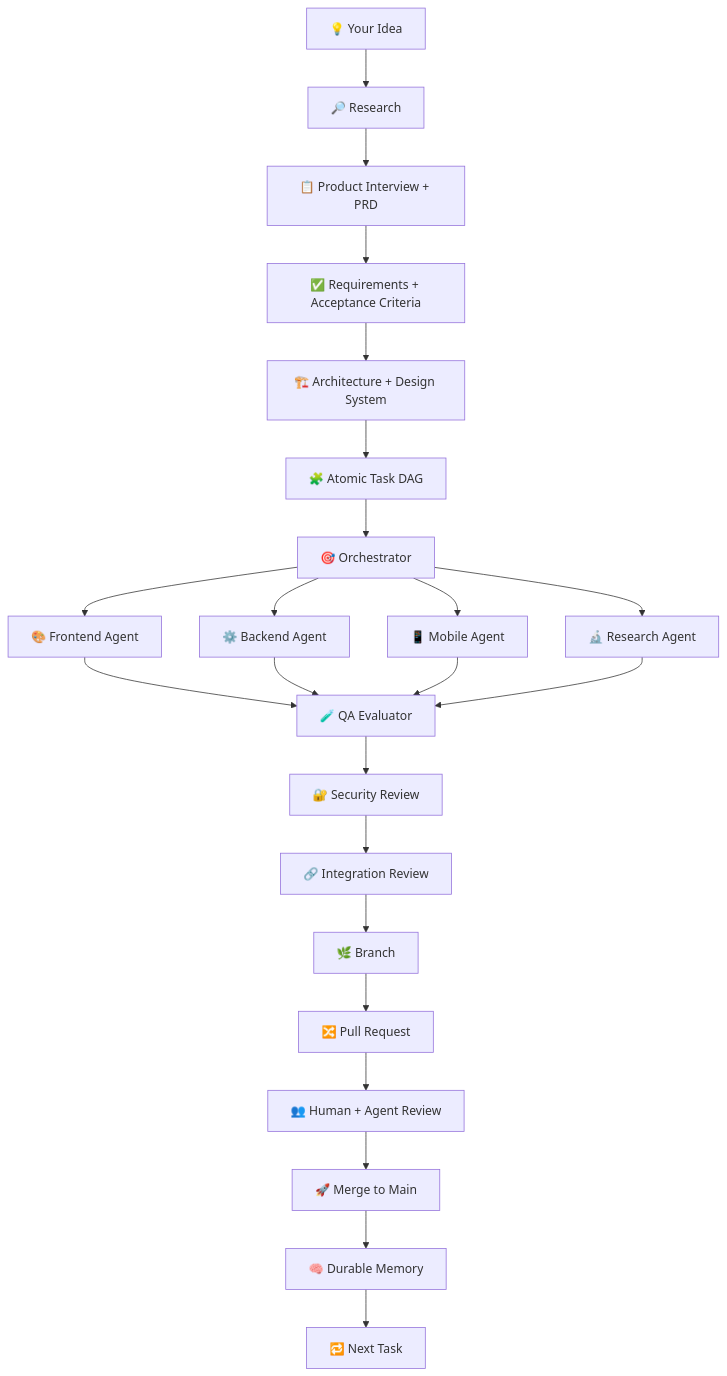
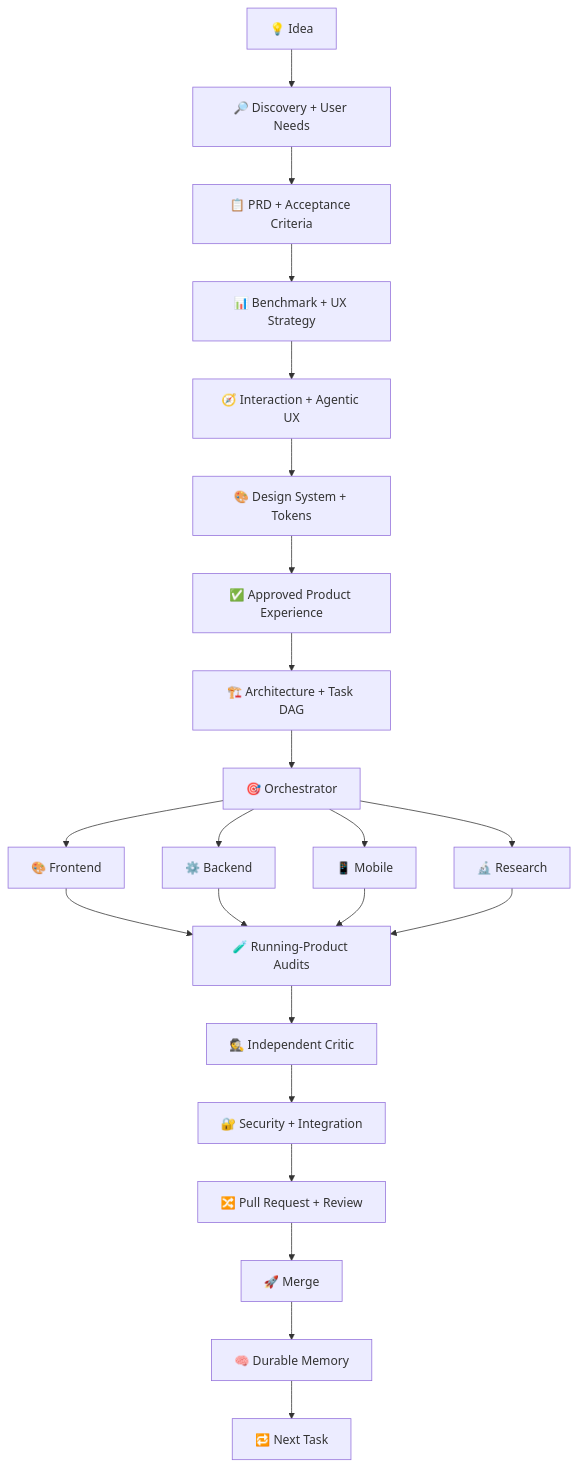
Before and after one commit to Gaurav890/everything-agentic-engineering: the diagram in README.md, drawn with Mermaid. The commit also changed other lines of this file and 1 other file, not shown here.

Commit message:
docs(T-002): streamline product design README

````diff
--- a/README.md
+++ b/README.md
@@ -58,30 +58,28 @@
 ```mermaid
 flowchart TD
-    A[💡 Your Idea] --> B[🔎 Research]
-    B --> C[📋 Product Interview + PRD]
-    C --> D[✅ Requirements + Acceptance Criteria]
-    D --> E[🏗️ Architecture + Design System]
-    E --> F[🧩 Atomic Task DAG]
+    A[💡 Idea] --> B[🔎 Discovery + User Needs]
+    B --> C[📋 PRD + Acceptance Criteria]
+    C --> D[📊 Benchmark + UX Strategy]
+    D --> E[🧭 Interaction + Agentic UX]
+    E --> F[🎨 Design System + Tokens]
+    F --> G[✅ Approved Product Experience]
+    G --> H[🏗️ Architecture + Task DAG]
+    H --> I[🎯 Orchestrator]
 
-    F --> G[🎯 Orchestrator]
+    I --> J[🎨 Frontend]
+    I --> K[⚙️ Backend]
+    I --> L[📱 Mobile]
+    I --> M[🔬 Research]
 
-    G --> H[🎨 Frontend Agent]
-    G --> I[⚙️ Backend Agent]
-    G --> J[📱 Mobile Agent]
-    G --> K[🔬 Research Agent]
+    J --> N[🧪 Running-Product Audits]
+    K --> N
+    L --> N
+    M --> N
 
-    H --> L[🧪 QA Evaluator]
-    I --> L
-    J --> L
-    K --> L
-
-    L --> M[🔐 Security Review]
-    M --> N[🔗 Integration Review]
-    N --> O[🌿 Branch]
-    O --> P[🔀 Pull Request]
-    P --> Q[👥 Human + Agent Review]
-    Q --> R[🚀 Merge to Main]
-
+    N --> O[🕵️ Independent Critic]
+    O --> P[🔐 Security + Integration]
+    P --> Q[🔀 Pull Request + Review]
+    Q --> R[🚀 Merge]
     R --> S[🧠 Durable Memory]
     S --> T[🔁 Next Task]
 ```
````
